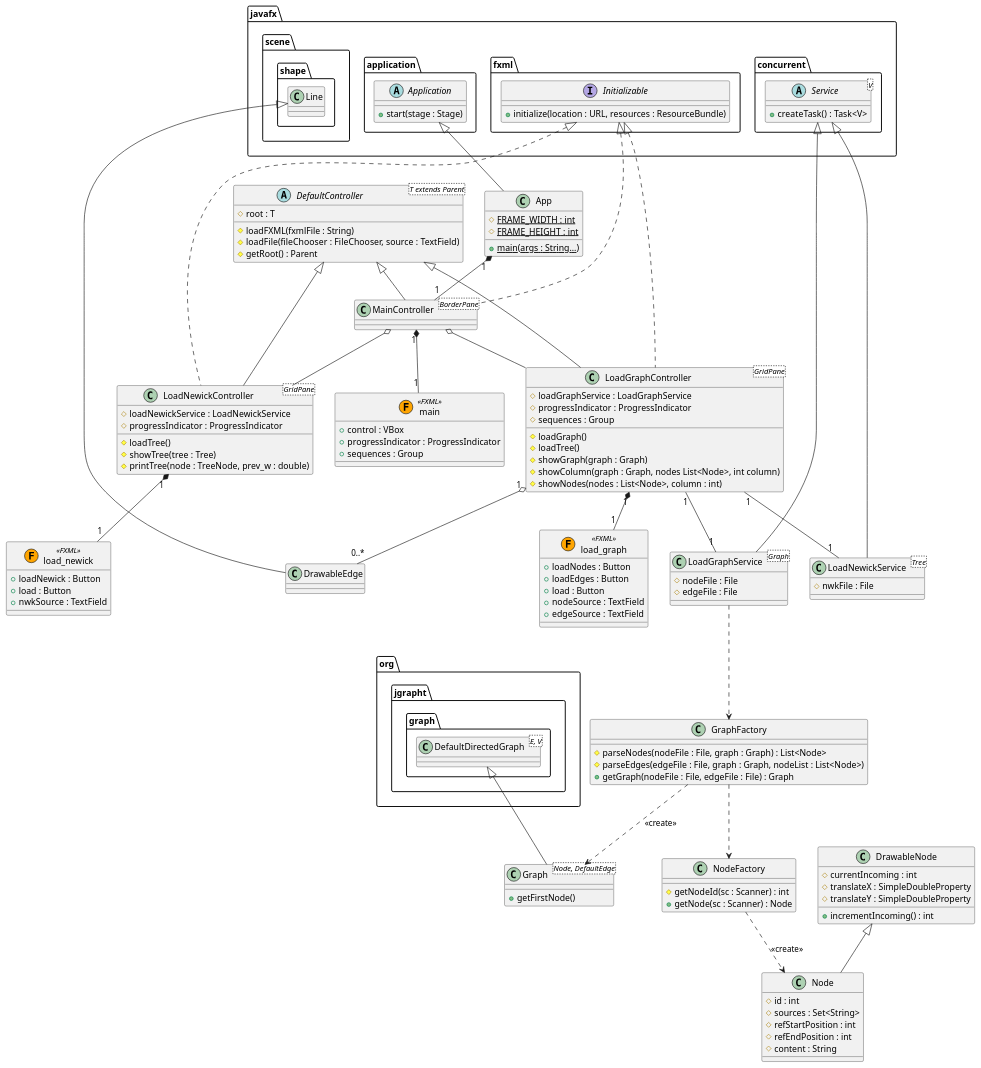
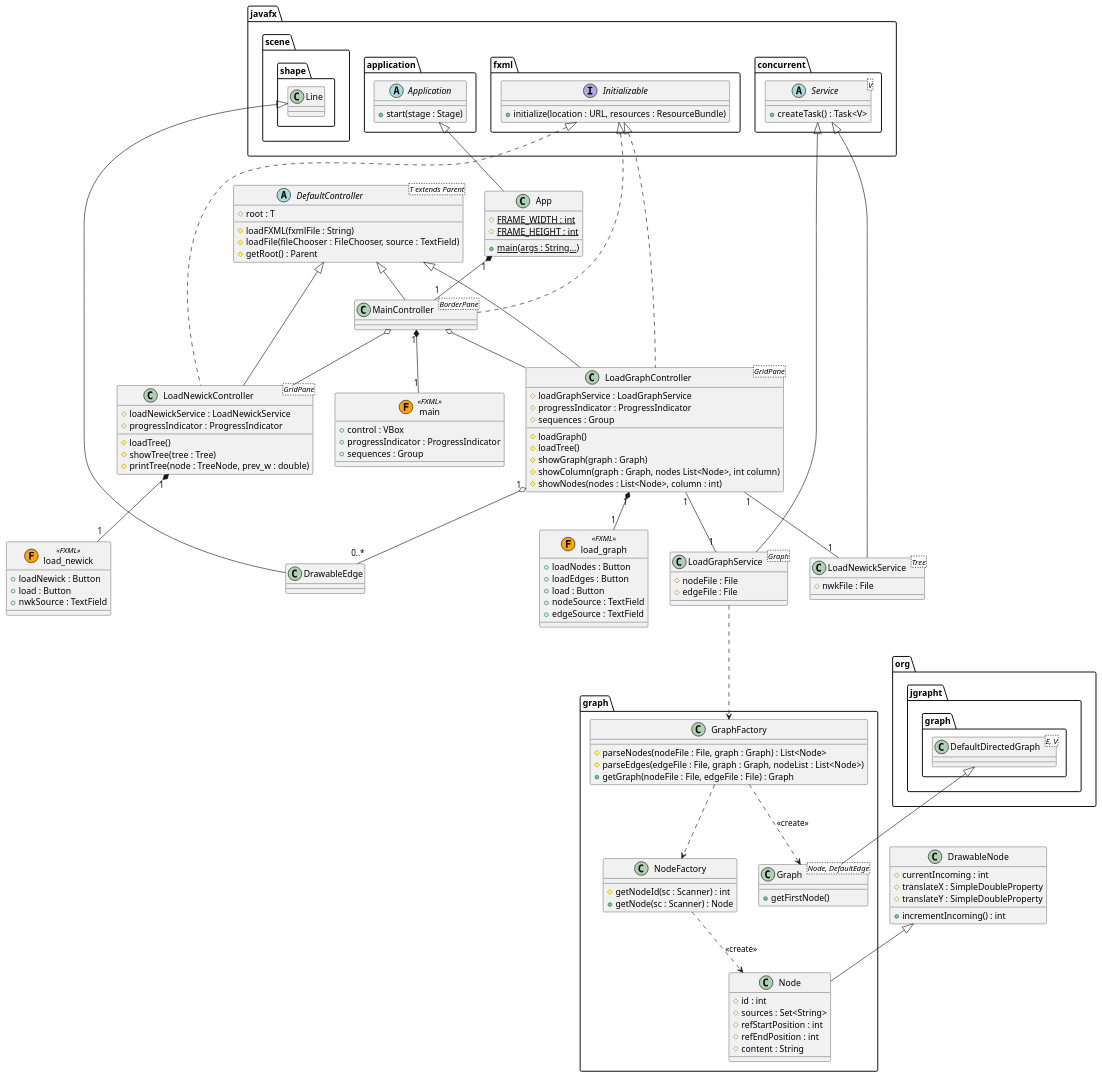
One commit to ProgrammingLife2015/geex changed the diagram in diagrams/ProgrammingLife.puml. Above: the diagram before and after it, drawn with PlantUML.

Commit message:
Created graph package, to keep distinction between graph and newick classes

```diff
--- a/diagrams/ProgrammingLife.puml
+++ b/diagrams/ProgrammingLife.puml
@@ -1,134 +1,134 @@
 @startuml
 class App extends javafx.application.Application {
     {static} # FRAME_WIDTH : int
     {static} # FRAME_HEIGHT : int
 
     {static} +main(args : String...)
 }
 
 class DrawableEdge extends javafx.scene.shape.Line
 class DrawableNode {
     # currentIncoming : int
     # translateX : SimpleDoubleProperty
     # translateY : SimpleDoubleProperty
 
     +incrementIncoming() : int
 }
 
 abstract class DefaultController<T extends Parent> {
     # root : T
     #loadFXML(fxmlFile : String)
     #loadFile(fileChooser : FileChooser, source : TextField)
     #getRoot() : Parent
 }
 
 class MainController<BorderPane> extends DefaultController implements javafx.fxml.Initializable {
 }
 
 class LoadNewickController<GridPane> extends DefaultController implements javafx.fxml.Initializable {
     # loadNewickService : LoadNewickService
     # progressIndicator : ProgressIndicator
 
     #loadTree()
     #showTree(tree : Tree)
     #printTree(node : TreeNode, prev_w : double)
 }
 
 class LoadGraphController<GridPane> Extends DefaultController implements javafx.fxml.Initializable {
     # loadGraphService : LoadGraphService
     # progressIndicator : ProgressIndicator
     # sequences : Group
 
     #loadGraph()
     #loadTree()
     #showGraph(graph : Graph)
     #showColumn(graph : Graph, nodes List<Node>, int column)
     #showNodes(nodes : List<Node>, column : int)
 }
 
 
-class Node extends DrawableNode {
+class graph.Node extends DrawableNode {
     # id : int
     # sources : Set<String>
     # refStartPosition : int
     # refEndPosition : int
     # content : String
 }
-class NodeFactory {
+class graph.NodeFactory {
     #getNodeId(sc : Scanner) : int
     +getNode(sc : Scanner) : Node
 }
 
-class Graph<Node, DefaultEdge> extends org.jgrapht.graph.DefaultDirectedGraph {
+class graph.Graph<Node, DefaultEdge> extends org.jgrapht.graph.DefaultDirectedGraph {
     +getFirstNode()
 }
-class GraphFactory {
+class graph.GraphFactory {
     #parseNodes(nodeFile : File, graph : Graph) : List<Node>
     #parseEdges(edgeFile : File, graph : Graph, nodeList : List<Node>)
     +getGraph(nodeFile : File, edgeFile : File) : Graph
 }
 
 class LoadGraphService<Graph> extends javafx.concurrent.Service {
     # nodeFile : File
     # edgeFile : File
 }
 class LoadNewickService<Tree> extends javafx.concurrent.Service {
     # nwkFile : File
 }
 
 'FXML
 class main << (F,orange) FXML >> {
     + control : VBox
     + progressIndicator : ProgressIndicator
     + sequences : Group
 }
 
 class load_newick << (F, orange) FXML >> {
     + loadNewick : Button
     + load : Button
     + nwkSource : TextField
 }
 
 class load_graph << (F, orange) FXML >> {
     + loadNodes : Button
     + loadEdges : Button
     + load : Button
     + nodeSource : TextField
     + edgeSource : TextField
 }
 
 'Relations
 LoadGraphController "1" *-- "1" load_graph
 LoadNewickController "1" *-- "1" load_newick
 MainController "1" *-- "1" main
 
-GraphFactory ..> Graph : << create >>
-GraphFactory ..> NodeFactory
+graph.GraphFactory ..> graph.Graph : << create >>
+graph.GraphFactory ..> graph.NodeFactory
 
-NodeFactory ..> Node : << create >>
+graph.NodeFactory ..> graph.Node : << create >>
 
 App "1" *-- "1" MainController
 MainController o-- LoadGraphController
 MainController o-- LoadNewickController
 
 LoadGraphController "1" o-- "0..*" DrawableEdge
 LoadGraphController "1" -- "1" LoadGraphService
 LoadGraphController "1" -- "1" LoadNewickService
 
-LoadGraphService ..> GraphFactory
+LoadGraphService ..> graph.GraphFactory
 
 'External classes
 abstract class javafx.concurrent.Service<V> {
     +createTask() : Task<V>
 }
 
 abstract class javafx.application.Application {
     +start(stage : Stage)
 }
 
 class org.jgrapht.graph.DefaultDirectedGraph<E, V>
 
 interface javafx.fxml.Initializable {
     +initialize(location : URL, resources : ResourceBundle)
 }
 @enduml
```
